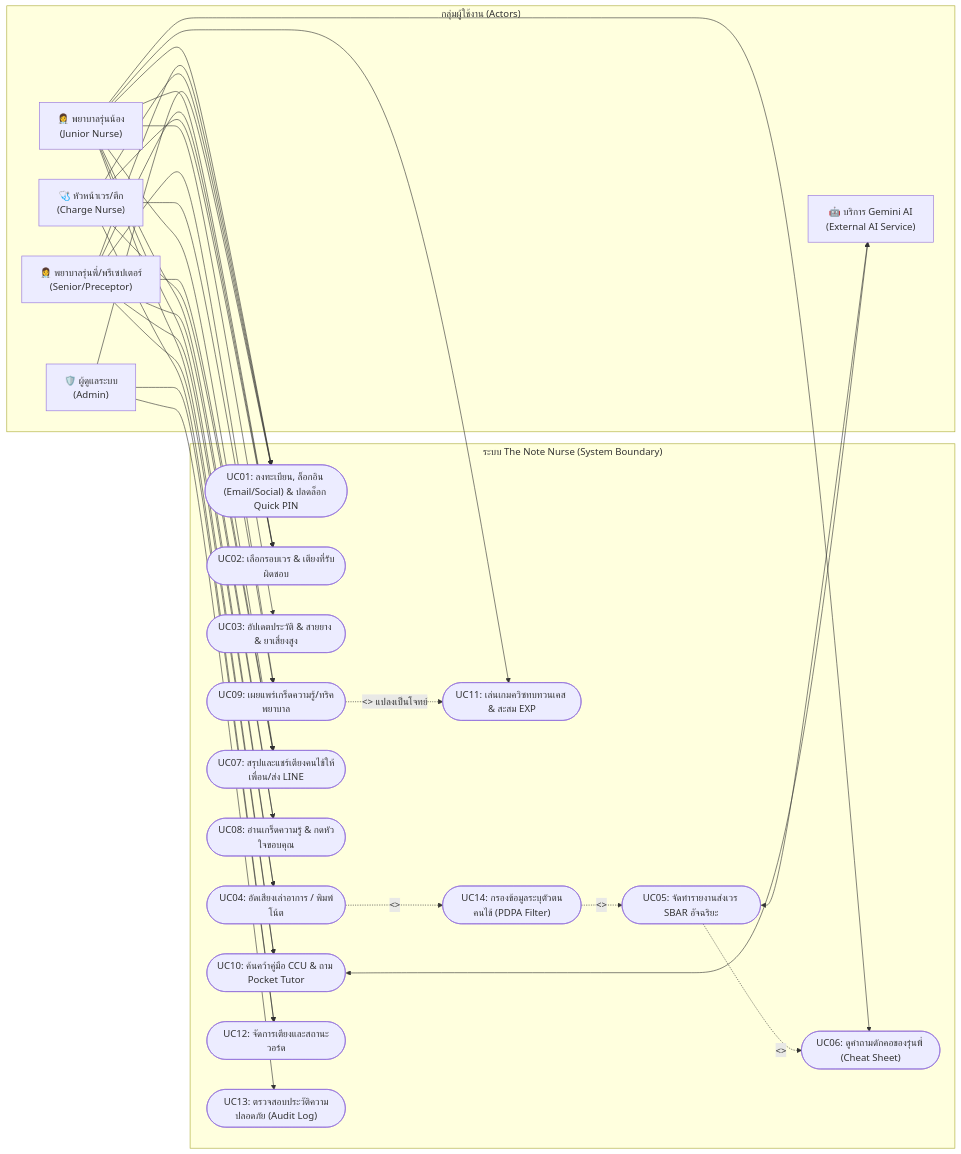
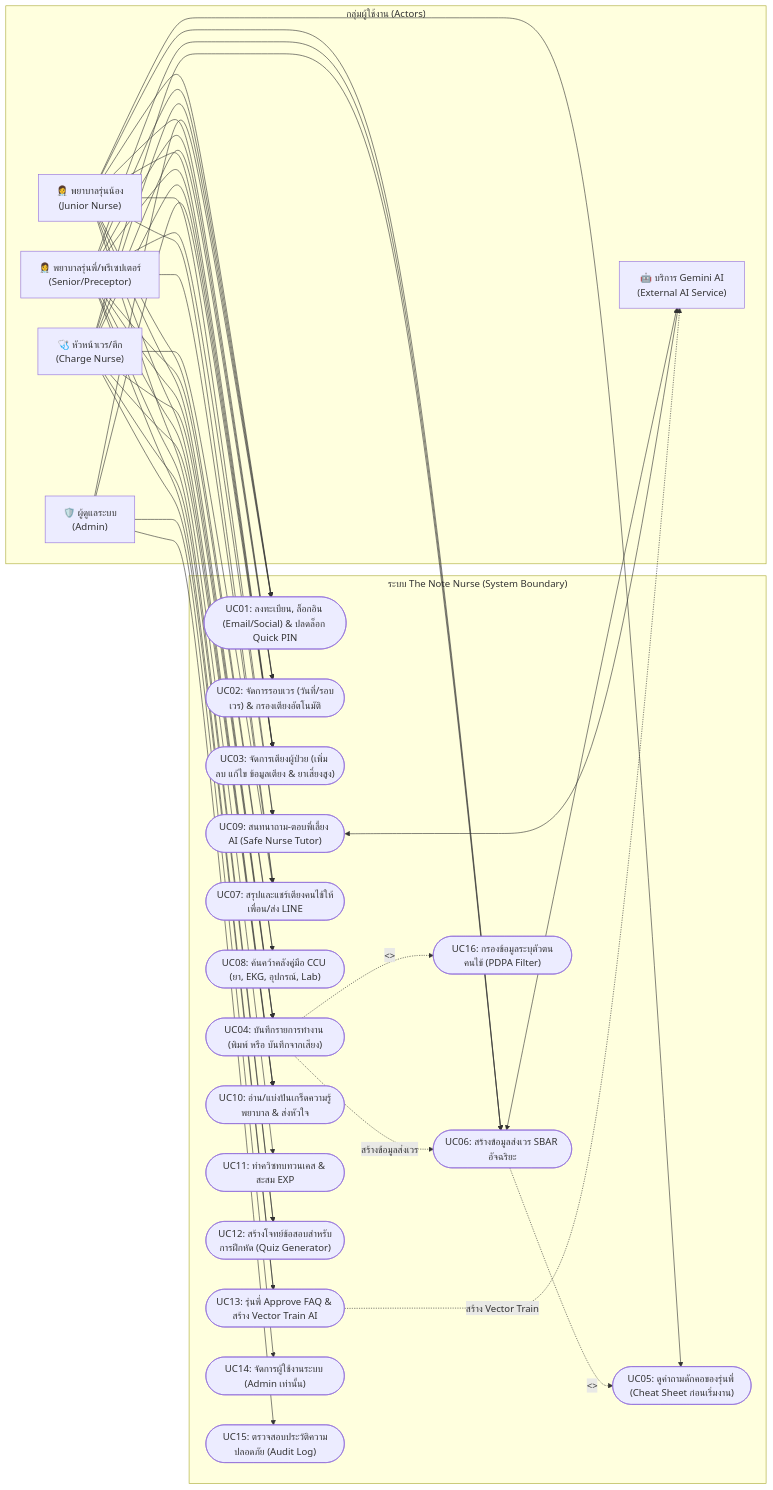
Before and after one commit to superxsiwa/the-note-nurse: the diagram in documents/USECASE_DIAGRAM.md, drawn with Mermaid. The commit also changed other lines of this file and 5 other files, not shown here.

Commit message:
Update prototype UI and system design documents to reflect new shift, work activities, and navigation flows

````diff
--- a/documents/USECASE_DIAGRAM.md
+++ b/documents/USECASE_DIAGRAM.md
@@ -22,64 +22,79 @@
     subgraph CoreSystem ["ระบบ The Note Nurse (System Boundary)"]
         %% Group 1: Auth, Register & Shift
         UC_Auth(["UC01: ลงทะเบียน, ล็อกอิน (Email/Social) & ปลดล็อก Quick PIN"])
-        UC_Shift(["UC02: เลือกรอบเวร & เตียงที่รับผิดชอบ"])
-        UC_BedStatus(["UC03: อัปเดตประวัติ & สายยาง & ยาเสี่ยงสูง"])
+        UC_Shift(["UC02: จัดการรอบเวร (วันที่/รอบเวร) & กรองเตียงอัตโนมัติ"])
+        UC_BedStatus(["UC03: จัดการเตียงผู้ป่วย (เพิ่ม ลบ แก้ไข ข้อมูลเตียง & ยาเสี่ยงสูง)"])
         
-        %% Group 2: Handover & SBAR
-        UC_RecordVoice(["UC04: อัดเสียงเล่าอาการ / พิมพ์โน้ต"])
-        UC_SbarGen(["UC05: จัดทำรายงานส่งเวร SBAR อัจฉริยะ"])
-        UC_CheatSheet(["UC06: ดูคำถามดักคอของรุ่นพี่ (Cheat Sheet)"])
+        %% Group 2: Work & Handover SBAR
+        UC_RecordWork(["UC04: บันทึกรายการทำงาน (พิมพ์ หรือ บันทึกจากเสียง)"])
+        UC_CheatSheet(["UC05: ดูคำถามดักคอของรุ่นพี่ (Cheat Sheet ก่อนเริ่มงาน)"])
+        UC_SbarGen(["UC06: สร้างข้อมูลส่งเวร SBAR อัจฉริยะ"])
         UC_ShareLine(["UC07: สรุปและแชร์เตียงคนไข้ให้เพื่อน/ส่ง LINE"])
         
-        %% Group 3: Pearls & Knowledge
-        UC_ReadPearls(["UC08: อ่านเกร็ดความรู้ & กดหัวใจขอบคุณ"])
-        UC_PostPearl(["UC09: เผยแพร่เกร็ดความรู้/ทริคพยาบาล"])
-        UC_KnowledgeHub(["UC10: ค้นคว้าคู่มือ CCU & ถาม Pocket Tutor"])
-        UC_PlayQuiz(["UC11: เล่นเกมควิซทบทวนเคส & สะสม EXP"])
+        %% Group 3: Knowledge Hub
+        UC_KnowledgeRepo(["UC08: ค้นคว้าคลังคู่มือ CCU (ยา, EKG, อุปกรณ์, Lab)"])
+        UC_AskTutor(["UC09: สนทนาถาม-ตอบพี่เลี้ยง AI (Safe Nurse Tutor)"])
+        UC_Pearls(["UC10: อ่าน/แบ่งปันเกร็ดความรู้พยาบาล & ส่งหัวใจ"])
         
-        %% Group 4: Admin & Governance
-        UC_ManageWards(["UC12: จัดการเตียงและสถานะวอร์ด"])
-        UC_AuditLog(["UC13: ตรวจสอบประวัติความปลอดภัย (Audit Log)"])
-        UC_Sanitize(["UC14: กรองข้อมูลระบุตัวตนคนไข้ (PDPA Filter)"])
+        %% Group 4: Quiz & Growth
+        UC_PlayQuiz(["UC11: ทำควิซทบทวนเคส & สะสม EXP"])
+        UC_CreateQuiz(["UC12: สร้างโจทย์ข้อสอบสำหรับการฝึกหัด (Quiz Generator)"])
+        
+        %% Group 5: Admin & Governance
+        UC_ApproveFaq(["UC13: รุ่นพี่ Approve FAQ & สร้าง Vector Train AI"])
+        UC_ManageUsers(["UC14: จัดการผู้ใช้งานระบบ (Admin เท่านั้น)"])
+        UC_AuditLog(["UC15: ตรวจสอบประวัติความปลอดภัย (Audit Log)"])
+        UC_Sanitize(["UC16: กรองข้อมูลระบุตัวตนคนไข้ (PDPA Filter)"])
     end
 
     %% Relations for Junior Nurse
     JN --> UC_Auth
     JN --> UC_Shift
     JN --> UC_BedStatus
-    JN --> UC_RecordVoice
+    JN --> UC_RecordWork
     JN --> UC_CheatSheet
+    JN --> UC_SbarGen
     JN --> UC_ShareLine
-    JN --> UC_ReadPearls
-    JN --> UC_KnowledgeHub
+    JN --> UC_KnowledgeRepo
+    JN --> UC_AskTutor
+    JN --> UC_Pearls
     JN --> UC_PlayQuiz
 
     %% Relations for Senior Nurse (Inherits Junior abilities + Mentoring)
     SN --> UC_Auth
     SN --> UC_Shift
-    SN --> UC_RecordVoice
+    SN --> UC_BedStatus
+    SN --> UC_RecordWork
+    SN --> UC_SbarGen
     SN --> UC_ShareLine
-    SN --> UC_PostPearl
-    SN --> UC_ReadPearls
-    SN --> UC_KnowledgeHub
+    SN --> UC_Pearls
+    SN --> UC_KnowledgeRepo
+    SN --> UC_AskTutor
+    SN --> UC_ApproveFaq
+    SN --> UC_CreateQuiz
 
     %% Relations for Charge Nurse (Management)
     CN --> UC_Auth
     CN --> UC_Shift
-    CN --> UC_ManageWards
+    CN --> UC_BedStatus
+    CN --> UC_RecordWork
+    CN --> UC_SbarGen
     CN --> UC_ShareLine
-    CN --> UC_PostPearl
+    CN --> UC_Pearls
+    CN --> UC_ApproveFaq
+    CN --> UC_CreateQuiz
 
     %% Relations for Admin
     AD --> UC_Auth
+    AD --> UC_ManageUsers
     AD --> UC_AuditLog
-    AD --> UC_ManageWards
+    AD --> UC_BedStatus
 
     %% Include / Extend / AI connections
-    UC_RecordVoice -.->|<<include>>| UC_Sanitize
-    UC_Sanitize -.->|<<include>>| UC_SbarGen
+    UC_RecordWork -.->|<<include>>| UC_Sanitize
+    UC_RecordWork -.->|สร้างข้อมูลส่งเวร| UC_SbarGen
     UC_SbarGen -.->|<<include>>| UC_CheatSheet
     UC_SbarGen <--> AI
-    UC_KnowledgeHub <--> AI
-    UC_PostPearl -.->|<<extend>> แปลงเป็นโจทย์| UC_PlayQuiz
+    UC_AskTutor <--> AI
+    UC_ApproveFaq -.->|สร้าง Vector Train| AI
 ```
````
